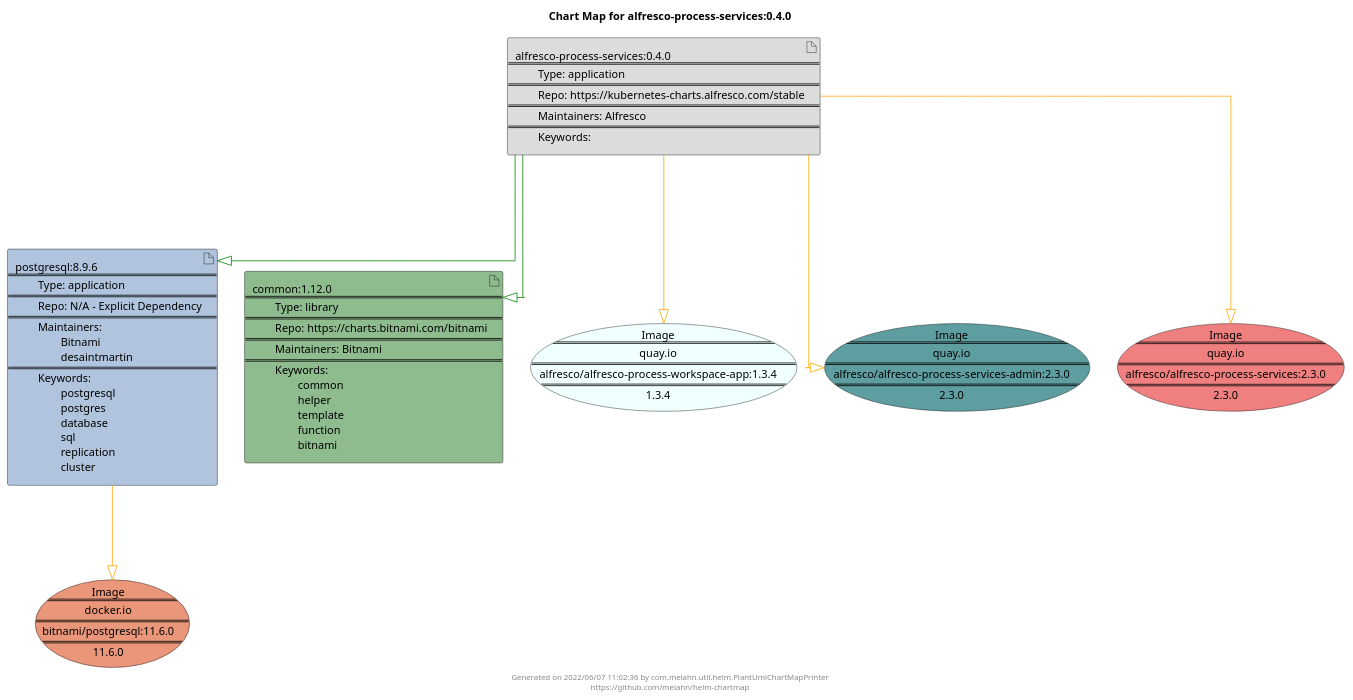
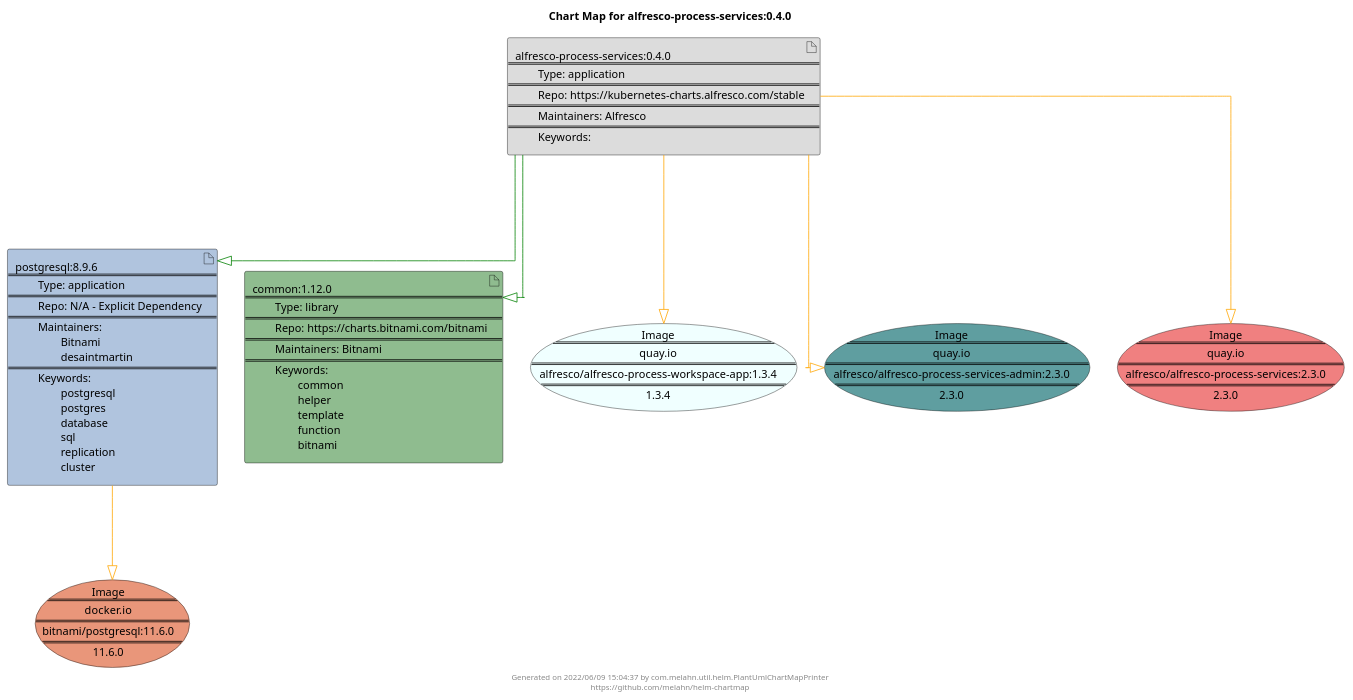
Before and after one commit to melahn/helm-chartmap: the diagram in docs/alfresco-process-services/alfresco-process-services-0.4.0.puml, drawn with PlantUML. The commit also changed 60 other files, not shown here.

Commit message:
Update Example Chart Maps as part of GitHub build

```diff
--- a/docs/alfresco-process-services/alfresco-process-services-0.4.0.puml
+++ b/docs/alfresco-process-services/alfresco-process-services-0.4.0.puml
@@ -1,31 +1,31 @@
 @startuml
 skinparam linetype ortho
 skinparam backgroundColor white
 skinparam usecaseBorderColor black
 skinparam usecaseArrowColor LightSlateGray
 skinparam artifactBorderColor black
 skinparam artifactArrowColor LightSlateGray
 
 title Chart Map for alfresco-process-services:0.4.0
 
 'There are 3 referenced Helm Charts
 artifact "alfresco-process-services:0.4.0\n====\n\tType: application\n====\n\tRepo: https://kubernetes-charts.alfresco.com/stable\n====\n\tMaintainers: Alfresco\n====\n\tKeywords: " as alfresco_process_services_0_4_0 #Gainsboro
 artifact "postgresql:8.9.6\n====\n\tType: application\n====\n\tRepo: N/A - Explicit Dependency\n====\n\tMaintainers: \n\t\tBitnami\n\t\tdesaintmartin\n====\n\tKeywords: \n\t\tpostgresql\n\t\tpostgres\n\t\tdatabase\n\t\tsql\n\t\treplication\n\t\tcluster" as postgresql_8_9_6 #LightSteelBlue
 artifact "common:1.12.0\n====\n\tType: library\n====\n\tRepo: https://charts.bitnami.com/bitnami\n====\n\tMaintainers: Bitnami\n====\n\tKeywords: \n\t\tcommon\n\t\thelper\n\t\ttemplate\n\t\tfunction\n\t\tbitnami" as common_1_12_0 #DarkSeaGreen
 
 'There are 4 referenced Docker Images
 usecase "Image\n====\nquay.io\n====\nalfresco/alfresco-process-workspace-app:1.3.4\n====\n1.3.4" as quay_io_alfresco_alfresco_process_workspace_app_1_3_4 #Azure
 usecase "Image\n====\nquay.io\n====\nalfresco/alfresco-process-services-admin:2.3.0\n====\n2.3.0" as quay_io_alfresco_alfresco_process_services_admin_2_3_0 #CadetBlue
 usecase "Image\n====\ndocker.io\n====\nbitnami/postgresql:11.6.0\n====\n11.6.0" as docker_io_bitnami_postgresql_11_6_0 #DarkSalmon
 usecase "Image\n====\nquay.io\n====\nalfresco/alfresco-process-services:2.3.0\n====\n2.3.0" as quay_io_alfresco_alfresco_process_services_2_3_0 #LightCoral
 
 'Chart Dependencies
+alfresco_process_services_0_4_0--[#green]-|>common_1_12_0
 alfresco_process_services_0_4_0--[#green]-|>postgresql_8_9_6
-alfresco_process_services_0_4_0--[#green]-|>common_1_12_0
 alfresco_process_services_0_4_0--[#orange]-|>quay_io_alfresco_alfresco_process_services_admin_2_3_0
 alfresco_process_services_0_4_0--[#orange]-|>quay_io_alfresco_alfresco_process_workspace_app_1_3_4
 alfresco_process_services_0_4_0--[#orange]-|>quay_io_alfresco_alfresco_process_services_2_3_0
 postgresql_8_9_6--[#orange]-|>docker_io_bitnami_postgresql_11_6_0
 
-center footer Generated on 2022/06/07 11:02:36 by com.melahn.util.helm.PlantUmlChartMapPrinter\nhttps://github.com/melahn/helm-chartmap
+center footer Generated on 2022/06/09 15:04:37 by com.melahn.util.helm.PlantUmlChartMapPrinter\nhttps://github.com/melahn/helm-chartmap
 @enduml
```
